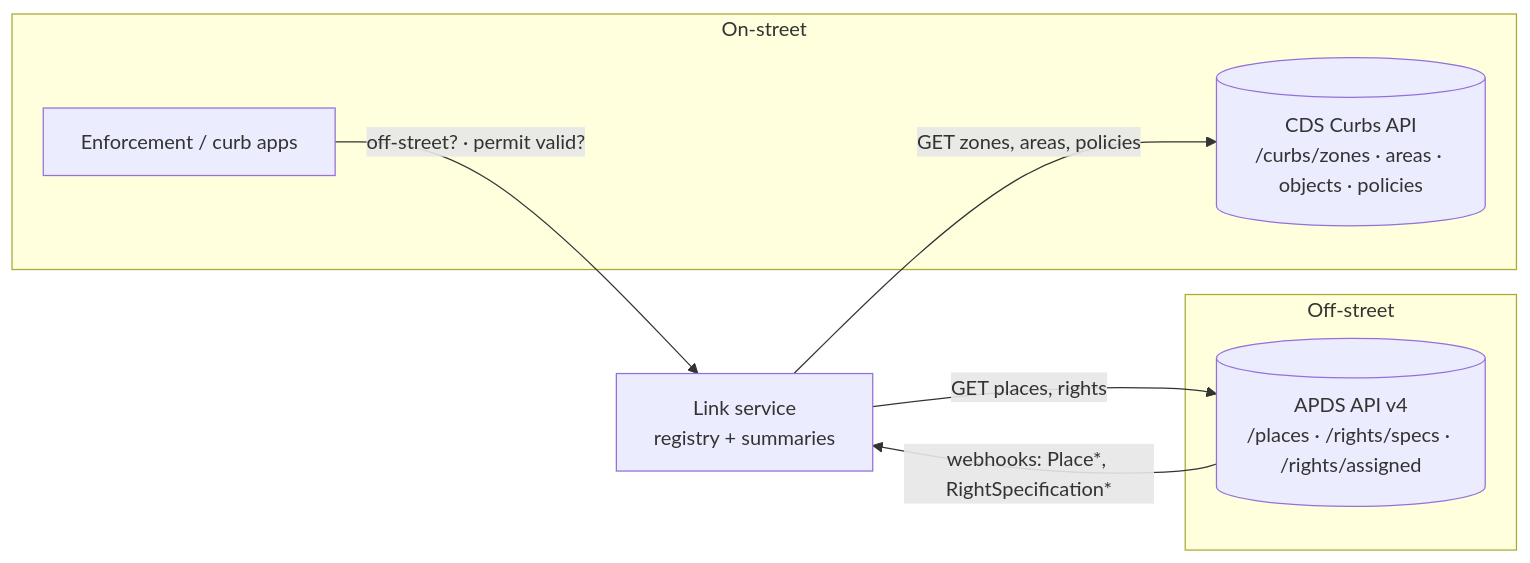
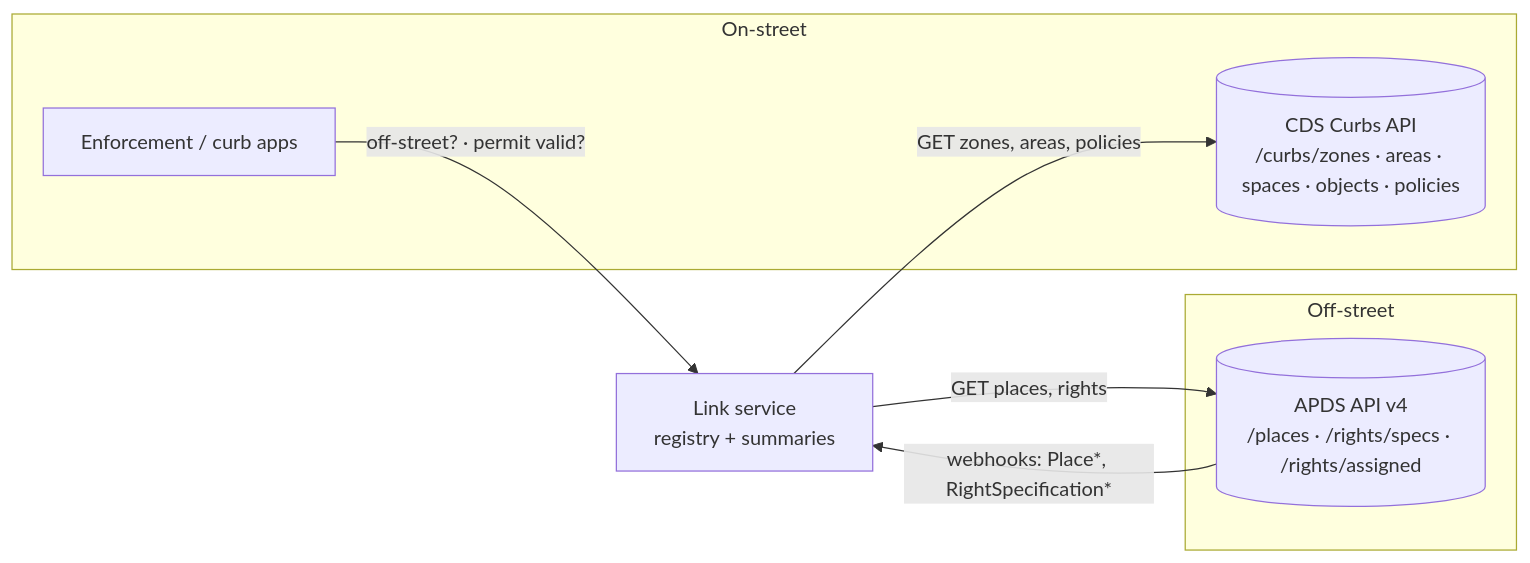
Before and after one commit to rneubauer/CDS2APDS: the diagram in docs/03-link-service.md, drawn with Mermaid. The commit also changed other lines of this file and 14 other files, not shown here.

First line of the commit message:
fix: harvest CDS curb spaces so CdsCurbSpace references resolve

````diff
--- a/docs/03-link-service.md
+++ b/docs/03-link-service.md
@@ -16,15 +16,15 @@
 ```mermaid
 flowchart LR
   subgraph On-street
-    CDS[(CDS Curbs API<br/>/curbs/zones · areas · objects · policies)]
+    CDS[(CDS Curbs API<br/>/curbs/zones · areas · spaces · objects · policies)]
     ENF[Enforcement / curb apps]
   end
   subgraph Off-street
     APDS[(APDS API v4<br/>/places · /rights/specs · /rights/assigned)]
   end
   LS[Link service<br/>registry + summaries]
   ENF -- "off-street? · permit valid?" --> LS
   LS -- "GET zones, areas, policies" --> CDS
   LS -- "GET places, rights" --> APDS
   APDS -- "webhooks: Place*, RightSpecification*" --> LS
 ```
````
